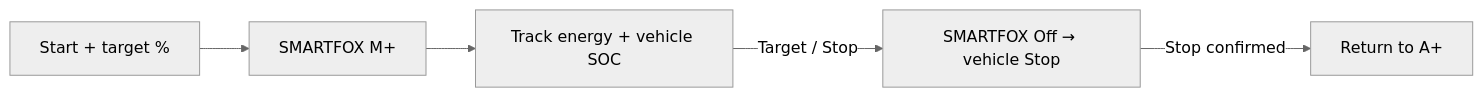
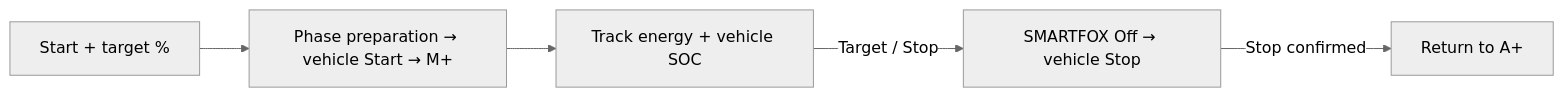
One commit to danielrammer/CitiFoxCharger changed the second of 2 diagrams in README.md. Above: the diagram before and after it, drawn with Mermaid (neutral theme). The commit also changed other lines of this file and 24 other files, not shown here.

Commit message:
Prepare charging phases before vehicle start and select night policy locally

````diff
--- a/README.md
+++ b/README.md
@@ -19,7 +19,7 @@
 ```mermaid
 flowchart LR
-    Start["Start + target %"] --> M["SMARTFOX M+"]
-    M --> Monitor["Track energy + vehicle SOC"]
+    Start["Start + target %"] --> Prepare["Phase preparation → vehicle Start → M+"]
+    Prepare --> Monitor["Track energy + vehicle SOC"]
     Monitor -->|"Target / Stop"| Off["SMARTFOX Off → vehicle Stop"]
     Off -->|"Stop confirmed"| Auto["Return to A+"]
 ```
````
